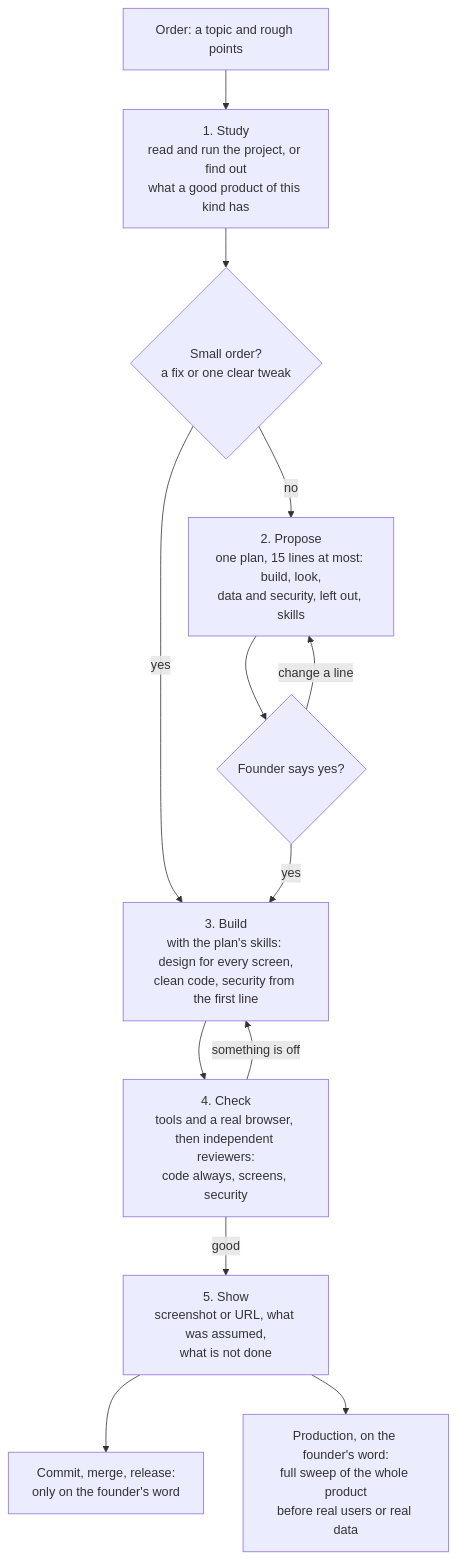
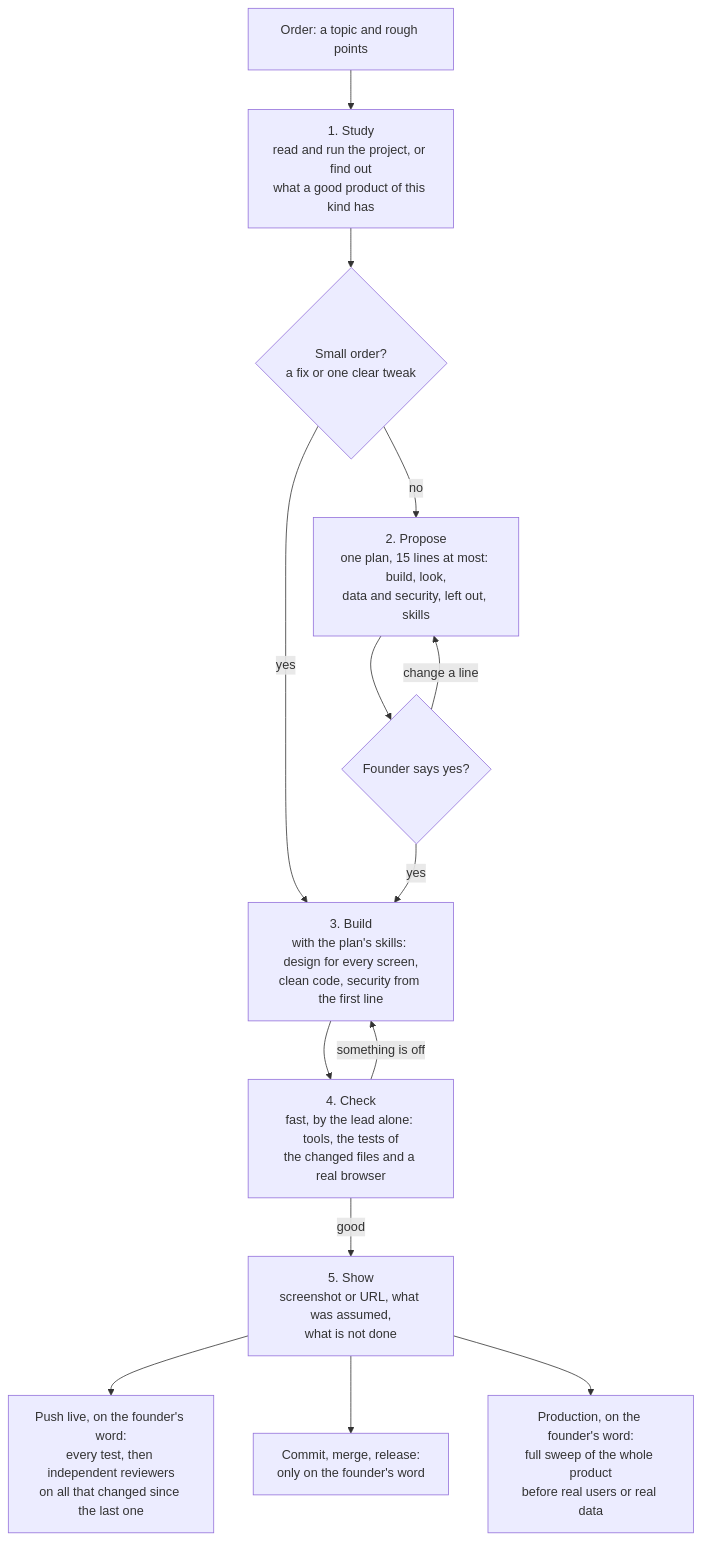
Before and after one commit to LeongJinZhou/ai-company: the second of 3 diagrams in README.md, drawn with Mermaid. The commit also changed other lines of this file and 6 other files, not shown here.

First line of the commit message:
feat!: fast check per order, full check on push live; STATUS.md stays short (#31)

````diff
--- a/README.md
+++ b/README.md
@@ -26,15 +26,16 @@
 ```mermaid
 flowchart TD
     A["Order: a topic and rough points"] --> B["1. Study<br>read and run the project, or find out<br>what a good product of this kind has"]
     B --> S{"Small order?<br>a fix or one clear tweak"}
     S -- yes --> D
     S -- no --> C["2. Propose<br>one plan, 15 lines at most: build, look,<br>data and security, left out, skills"]
     C --> Y{"Founder says yes?"}
     Y -- "change a line" --> C
     Y -- yes --> D["3. Build<br>with the plan's skills: design for every screen,<br>clean code, security from the first line"]
-    D --> E["4. Check<br>tools and a real browser, then independent reviewers:<br>code always, screens, security"]
+    D --> E["4. Check<br>fast, by the lead alone: tools, the tests of<br>the changed files and a real browser"]
     E -- "something is off" --> D
     E -- good --> G["5. Show<br>screenshot or URL, what was assumed,<br>what is not done"]
+    G --> L["Push live, on the founder's word:<br>every test, then independent reviewers<br>on all that changed since the last one"]
     G --> H["Commit, merge, release:<br>only on the founder's word"]
     G --> P["Production, on the founder's word:<br>full sweep of the whole product<br>before real users or real data"]
 ```
````
